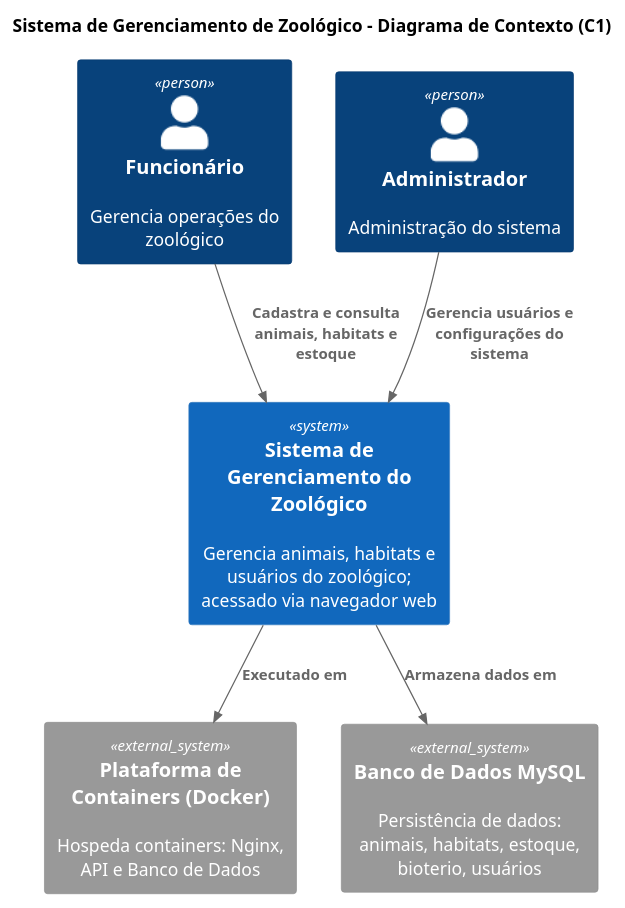
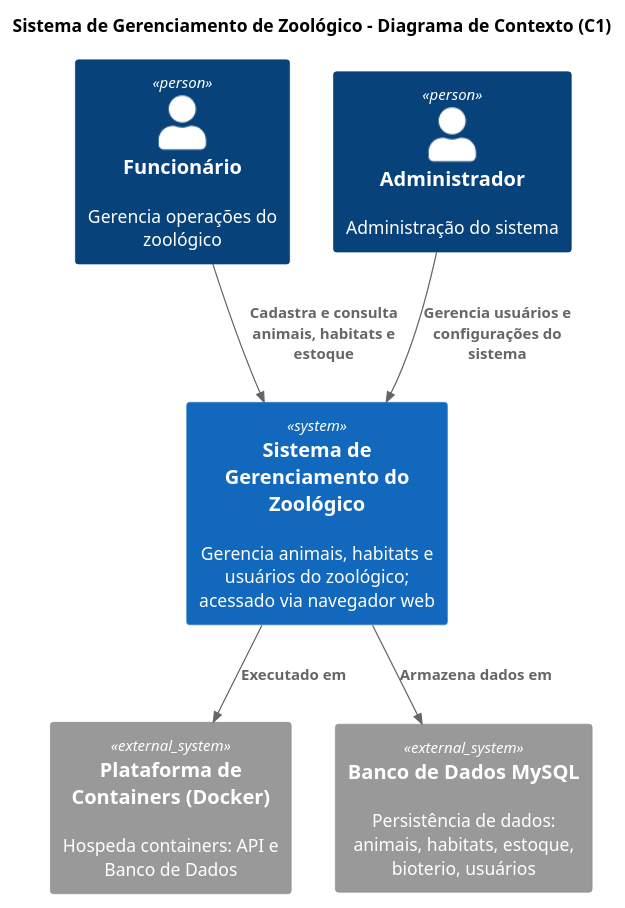
Before and after one commit to vinicius-gomes-cruz/TCC-ZOO-2026: the diagram in Diagramas TCC/Diagrama de Contexto.puml, drawn with PlantUML. The commit also changed 3 other files, not shown here.

Commit message:
Ajuste dos Diagramas

```diff
--- a/Diagramas TCC/Diagrama de Contexto.puml
+++ b/Diagramas TCC/Diagrama de Contexto.puml
@@ -1,22 +1,22 @@
 @startuml
 !include https://raw.githubusercontent.com/plantuml-stdlib/C4-PlantUML/master/C4_Component.puml
 title Sistema de Gerenciamento de Zoológico - Diagrama de Contexto (C1)
 
 ' Atores / Pessoas
 Person(Funcionario, "Funcionário", "Gerencia operações do zoológico")
 Person(Administrador, "Administrador", "Administração do sistema")
 
 ' Sistema principal
 System(Sistema, "Sistema de Gerenciamento do Zoológico", "Gerencia animais, habitats e usuários do zoológico;\nacessado via navegador web")
 
 ' Infraestrutura de implantação
-System_Ext(DockerHost, "Plataforma de Containers (Docker)", "Hospeda containers: Nginx, API e Banco de Dados")
+System_Ext(DockerHost, "Plataforma de Containers (Docker)", "Hospeda containers: API e Banco de Dados")
 System_Ext(MySQL, "Banco de Dados MySQL", "Persistência de dados: animais, habitats, estoque, bioterio, usuários")
 
 ' Relacionamentos
 Rel(Funcionario, Sistema, "Cadastra e consulta animais, habitats e estoque")
 Rel(Administrador, Sistema, "Gerencia usuários e configurações do sistema")
 Rel(Sistema, DockerHost, "Executado em")
 Rel(Sistema, MySQL, "Armazena dados em")
 
 @enduml
```
